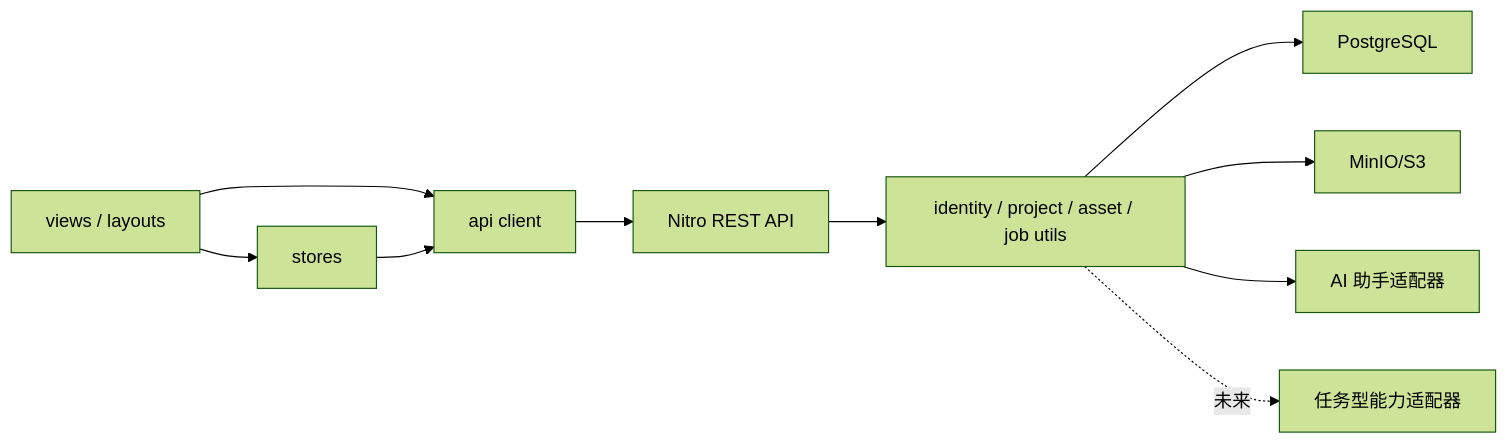
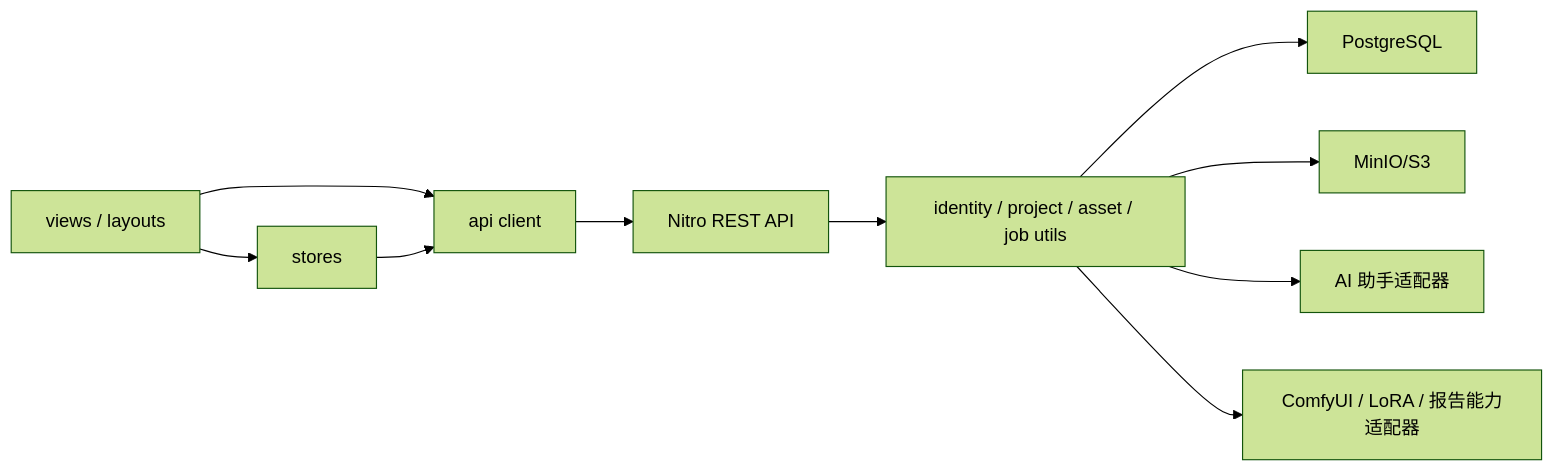
One commit to hywchina/vue-vben-admin changed diagram 13 of 13 in docs/rail-platform/ARCHITECTURE.md. Above: the diagram before and after it, drawn with Mermaid (forest theme). The commit also changed other lines of this file and 122 other files, not shown here.

````diff
--- a/docs/rail-platform/ARCHITECTURE.md
+++ b/docs/rail-platform/ARCHITECTURE.md
@@ -564,12 +595,12 @@
 ```mermaid
 flowchart LR
   Views["views / layouts"] --> Store["stores"]
   Views --> APIClient["api client"]
   Store --> APIClient
   APIClient --> HTTP["Nitro REST API"]
   HTTP --> Domain["identity / project / asset / job utils"]
   Domain --> DB["PostgreSQL"]
   Domain --> Object["MinIO/S3"]
   Domain --> AssistantAdapter["AI 助手适配器"]
-  Domain -. "未来" .-> Adapters["任务型能力适配器"]
+  Domain --> Adapters["ComfyUI / LoRA / 报告能力适配器"]
 ```
````
